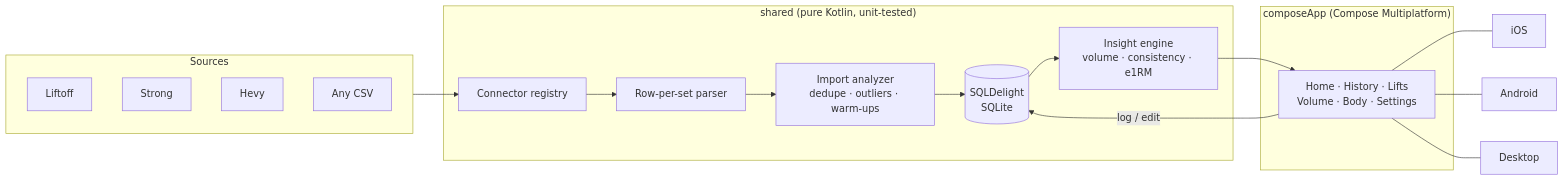
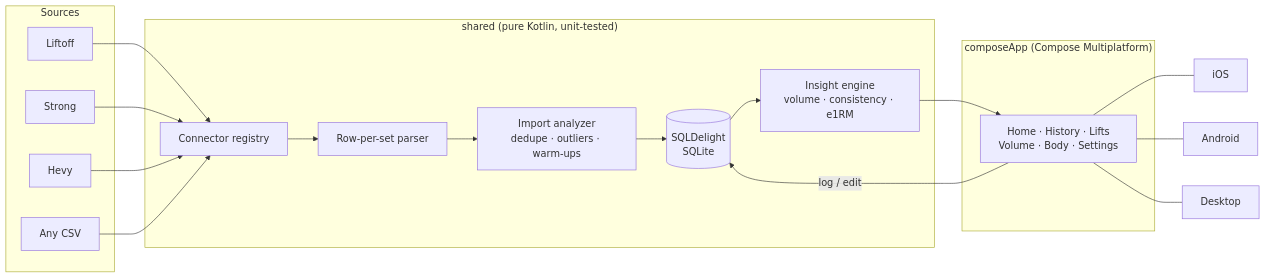
One commit to gerra/gains changed the diagram in README.md. Above: the diagram before and after it, drawn with Mermaid. The commit also changed 1 other file, not shown here.

Commit message:
Run the Screenshots workflow on demand only
Claude-Session: https://claude.ai/code/session_01KfnL77nGCUS2sFMAH1fZtA

````diff
--- a/README.md
+++ b/README.md
@@ -248,19 +248,22 @@
 ```mermaid
 flowchart LR
   subgraph Sources
-    L[Liftoff] & S[Strong] & H[Hevy] & C[Any CSV]
+    L[Liftoff]
+    S[Strong]
+    H[Hevy]
+    C[Any CSV]
   end
   subgraph shared["shared (pure Kotlin, unit-tested)"]
     R[Connector registry] --> P[Row-per-set parser]
     P --> A[Import analyzer<br/>dedupe · outliers · warm-ups]
     A --> DB[(SQLDelight<br/>SQLite)]
     DB --> E[Insight engine<br/>volume · consistency · e1RM]
   end
   subgraph composeApp["composeApp (Compose Multiplatform)"]
     UI[Home · History · Lifts<br/>Volume · Body · Settings]
   end
-  Sources --> R
+  L & S & H & C --> R
   E --> UI
   UI -->|log / edit| DB
   UI --- iOS & Android & Desktop
 ```
````
